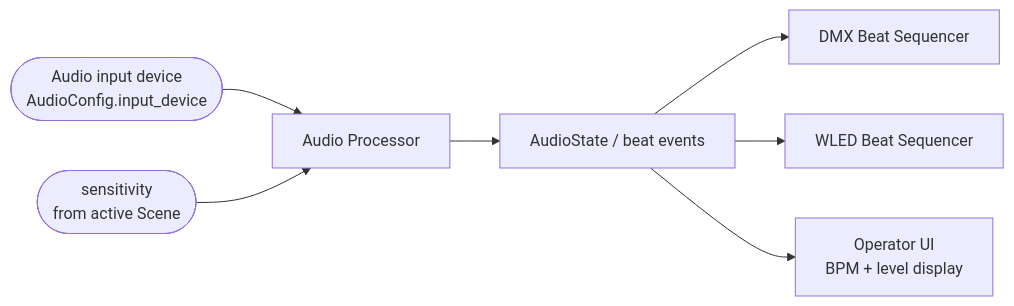
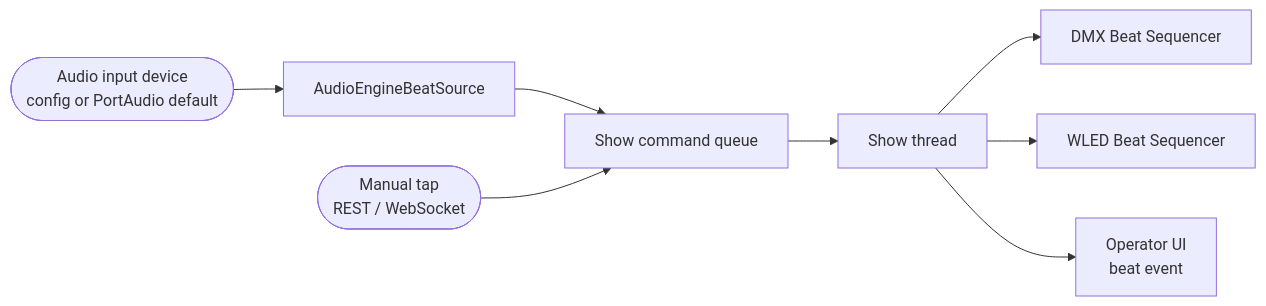
One commit to glane339/lightsappnew changed the diagram in docs/audio_reactivity_architecture.md. Above: the diagram before and after it, drawn with Mermaid. The commit also changed other lines of this file and 33 other files, not shown here.

````diff
--- a/docs/audio_reactivity_architecture.md
+++ b/docs/audio_reactivity_architecture.md
@@ -92,9 +102,10 @@
 ```mermaid
 flowchart LR
-    DEV(["Audio input device<br/>AudioConfig.input_device"]) --> AP
-    SENS(["sensitivity<br/>from active Scene"]) --> AP
-    AP["Audio Processor"] --> EV["AudioState / beat events"]
-    EV --> BD["DMX Beat Sequencer"]
-    EV --> BW["WLED Beat Sequencer"]
-    EV --> UI["Operator UI<br/>BPM + level display"]
+    DEV(["Audio input device<br/>config or PortAudio default"]) --> AD
+    AD["AudioEngineBeatSource"] --> Q["Show command queue"]
+    TAP(["Manual tap<br/>REST / WebSocket"]) --> Q
+    Q --> SHOW["Show thread"]
+    SHOW --> BD["DMX Beat Sequencer"]
+    SHOW --> BW["WLED Beat Sequencer"]
+    SHOW --> UI["Operator UI<br/>beat event"]
 ```
````
